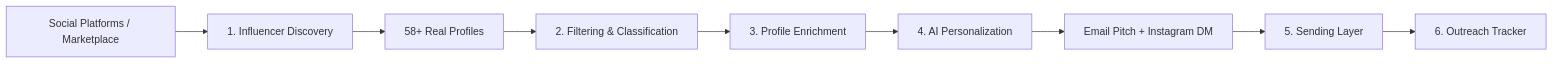
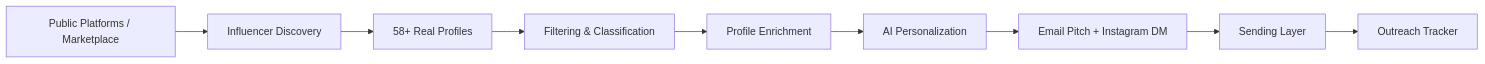
Before and after one commit to ansh-rohilla/automated-micro-influencer-outreach: the diagram in README.md, drawn with Mermaid. The commit also changed other lines of this file and 10 other files, not shown here.

Commit message:
feat(filtering): implement automated filtering and brand-fit classification engine

````diff
--- a/README.md
+++ b/README.md
@@ -17,11 +17,11 @@
 ```mermaid
 flowchart LR
-    A[Social Platforms / Marketplace] --> B[1. Influencer Discovery]
+    A[Public Platforms / Marketplace] --> B[Influencer Discovery]
     B --> C[58+ Real Profiles]
-    C --> D[2. Filtering & Classification]
-    D --> E[3. Profile Enrichment]
-    E --> F[4. AI Personalization]
+    C --> D[Filtering & Classification]
+    D --> E[Profile Enrichment]
+    E --> F[AI Personalization]
     F --> G[Email Pitch + Instagram DM]
-    G --> H[5. Sending Layer]
-    H --> I[6. Outreach Tracker]
+    G --> H[Sending Layer]
+    H --> I[Outreach Tracker]
 ```
````
